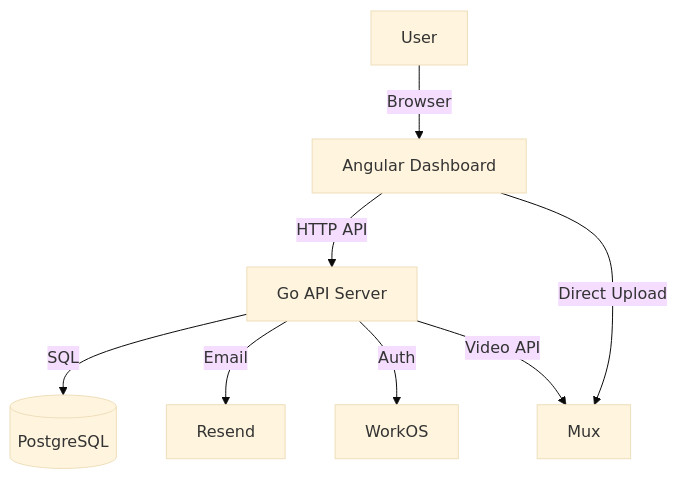
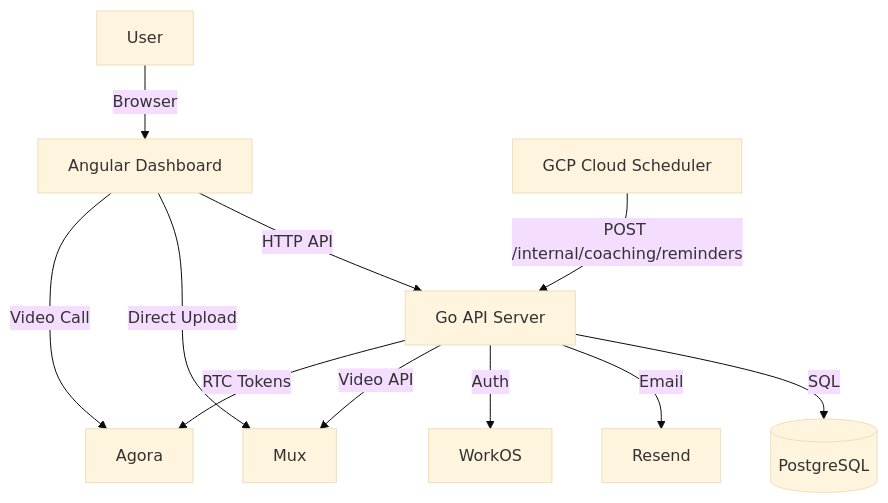
One commit to OZIOisgood/zeta changed the third of 8 diagrams in README.md. Above: the diagram before and after it, drawn with Mermaid (base theme). The commit also changed other lines of this file and 29 other files, not shown here.

First line of the commit message:
feat(live-coaching): add video call functionality for coaching sessions

````diff
--- a/README.md
+++ b/README.md
@@ -126,10 +150,13 @@
 ```mermaid
 graph TD
     User[User] -->|Browser| Web[Angular Dashboard]
     Web -->|HTTP API| API[Go API Server]
     API -->|SQL| DB[(PostgreSQL)]
     API -->|Email| Resend[Resend]
     API -->|Auth| WorkOS[WorkOS]
     API -->|Video API| Mux[Mux]
     Web -->|Direct Upload| Mux
+    API -->|RTC Tokens| Agora[Agora]
+    Web -->|Video Call| Agora
+    Scheduler[GCP Cloud Scheduler] -->|POST /internal/coaching/reminders| API
 ```
````
